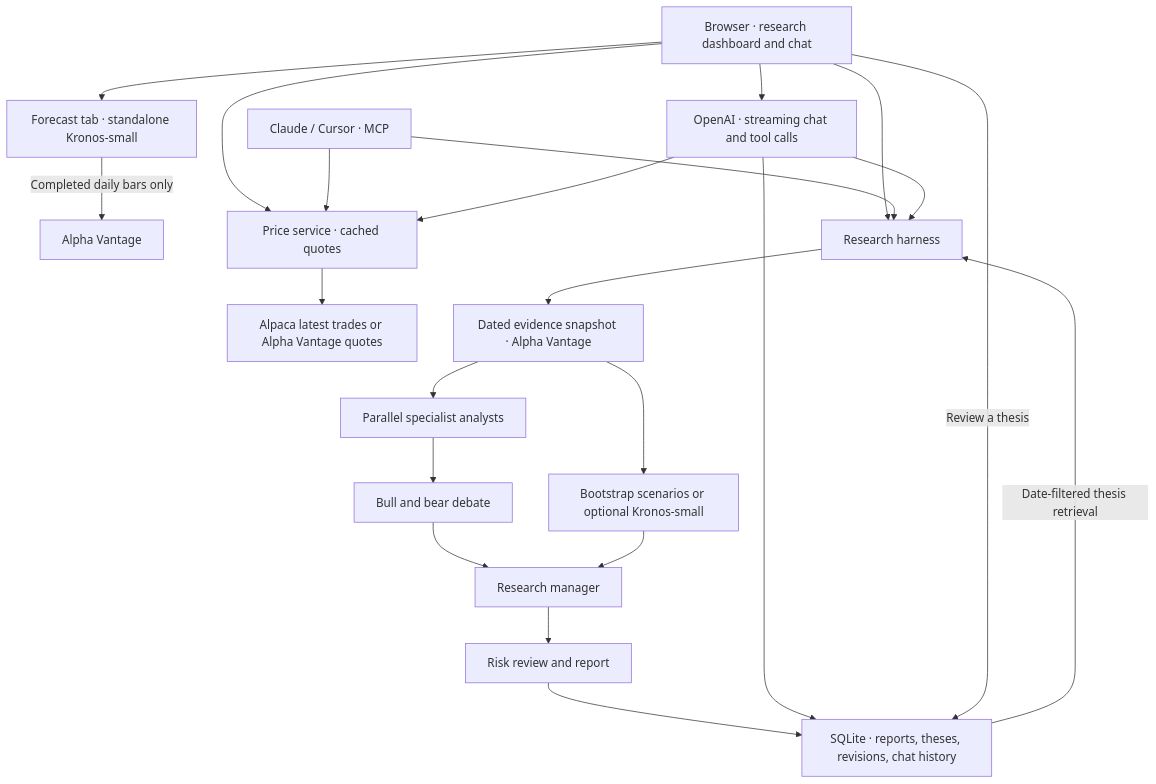
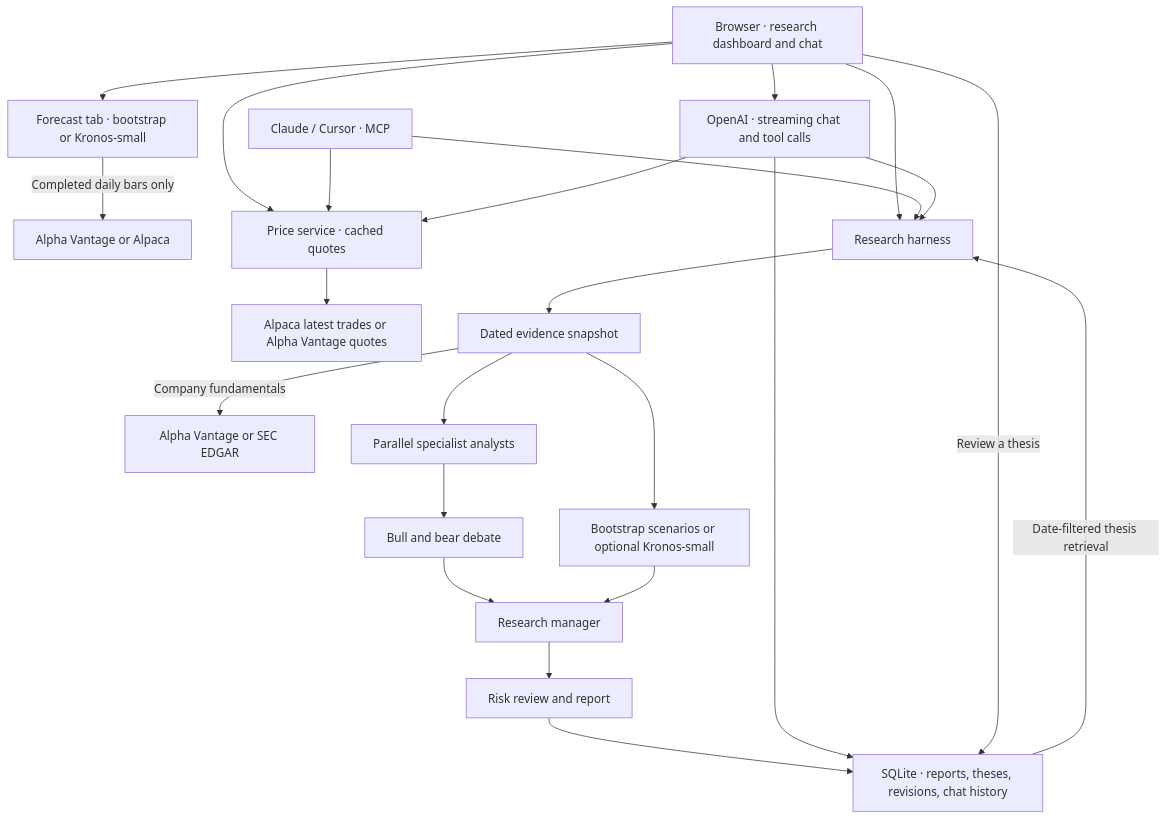
Before and after one commit to hibaa8/thesis-ledger: the diagram in docs/architecture.md, drawn with Mermaid. The commit also changed 3 other files, not shown here.

````diff
--- a/docs/architecture.md
+++ b/docs/architecture.md
@@ -3,24 +3,25 @@
 ```mermaid
 flowchart TD
     UI["Browser · research dashboard and chat"] --> Chat["OpenAI · streaming chat and tool calls"]
-    UI --> K["Forecast tab · standalone Kronos-small"]
-    K -->|Completed daily bars only| AV["Alpha Vantage"]
+    UI --> K["Forecast tab · bootstrap or Kronos-small"]
+    K -->|Completed daily bars only| AV["Alpha Vantage or Alpaca"]
     UI --> H["Research harness"]
     MCP["Claude / Cursor · MCP"] --> H
     UI --> Q["Price service · cached quotes"]
     MCP --> Q
     Chat --> Q
     Chat --> H
     Q --> Feed["Alpaca latest trades or Alpha Vantage quotes"]
-    H --> S["Dated evidence snapshot · Alpha Vantage"]
+    H --> S["Dated evidence snapshot"]
+    S -->|Company fundamentals| SEC["Alpha Vantage or SEC EDGAR"]
     S --> A["Parallel specialist analysts"]
     S --> F["Bootstrap scenarios or optional Kronos-small"]
     A --> D["Bull and bear debate"]
     D --> M["Research manager"]
     F --> M
     M --> R["Risk review and report"]
     R --> DB["SQLite · reports, theses, revisions, chat history"]
     Chat --> DB
     DB -->|Date-filtered thesis retrieval| H
     UI -->|Review a thesis| DB
 ```
````
